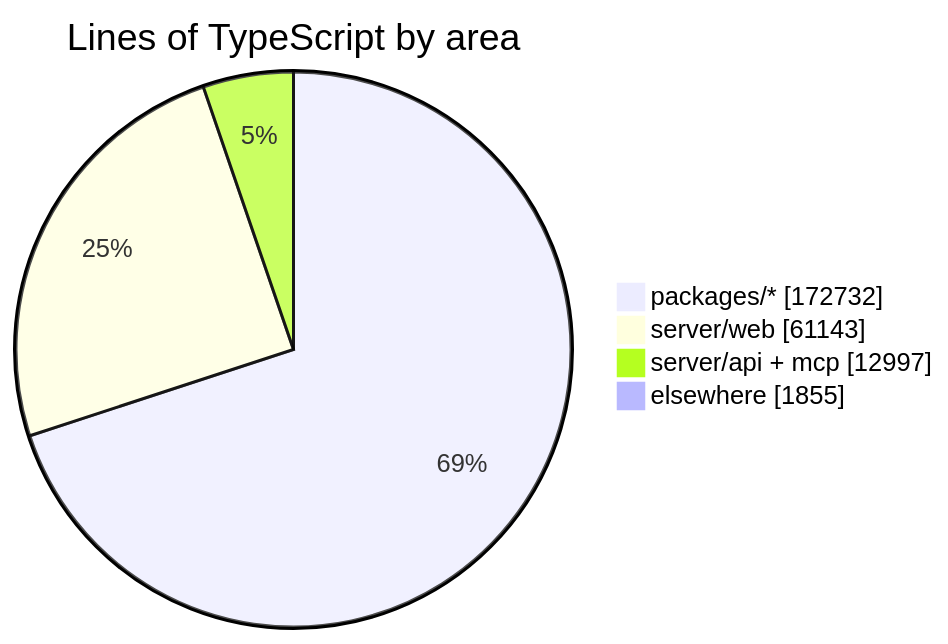
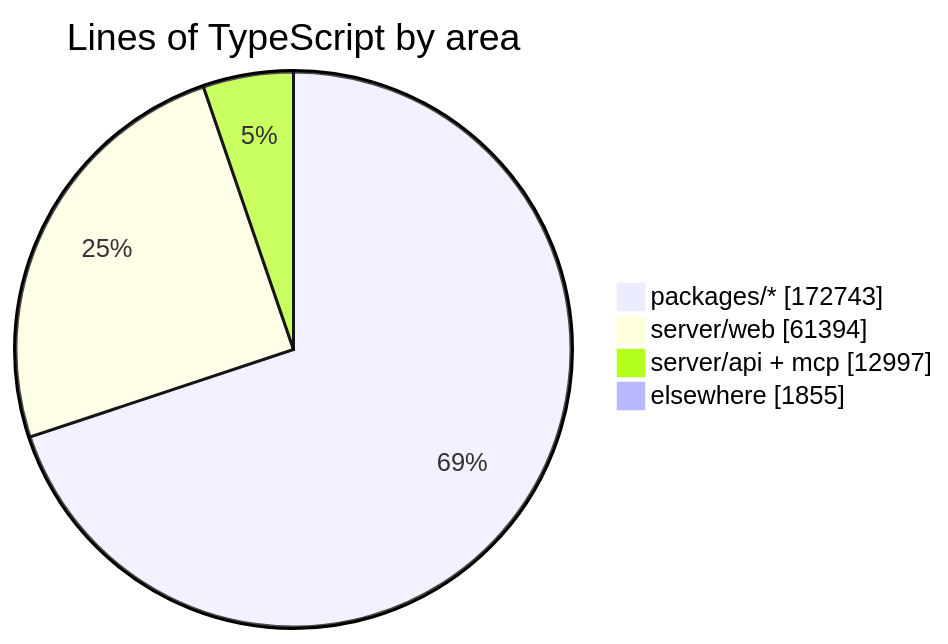
One commit to crossworks-engineering/mantle changed the diagram in README.md. Above: the diagram before and after it, drawn with Mermaid. The commit also changed other lines of this file and 2 other files, not shown here.

````diff
--- a/README.md
+++ b/README.md
@@ -279,7 +279,7 @@
 ```mermaid
 pie showData title Lines of TypeScript by area
-    "packages/*" : 172732
-    "server/web" : 61143
+    "packages/*" : 172743
+    "server/web" : 61394
     "server/api + mcp" : 12997
     "elsewhere" : 1855
 ```
````
